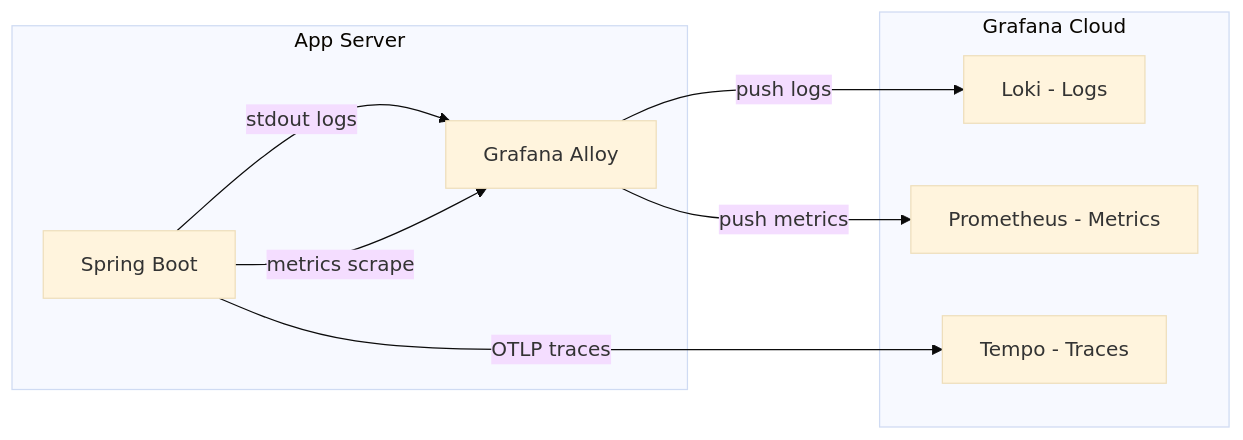
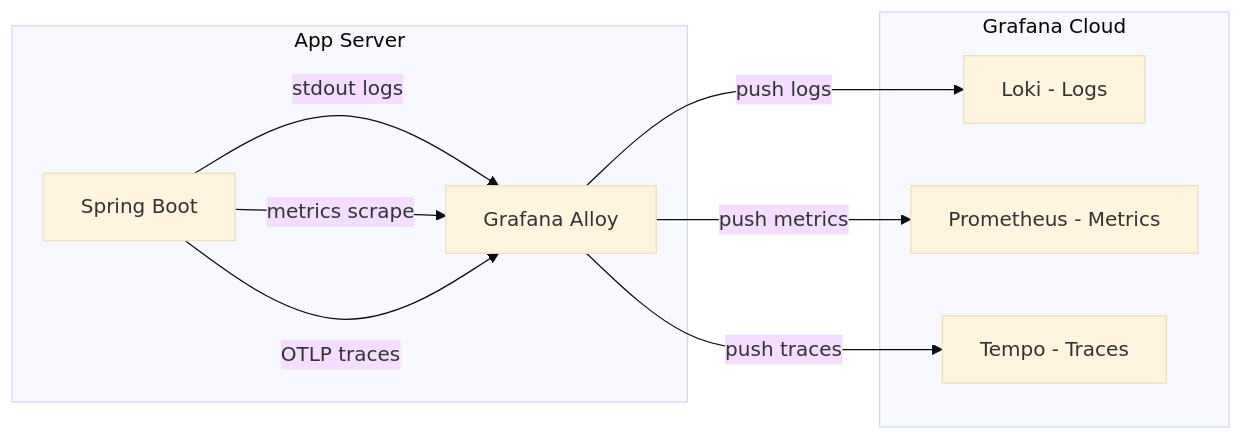
The diagram in docs/observability.md (ImHereOfRati/server), drawn with Mermaid (base theme) before and after one commit. The commit also changed other lines of this file and 6 other files, not shown here.

````diff
--- a/docs/observability.md
+++ b/docs/observability.md
@@ -12,19 +12,20 @@
 ```mermaid
 graph LR
     subgraph AppServer [App Server]
         App[Spring Boot]
         Alloy[Grafana Alloy]
     end
 
     subgraph GrafanaCloud [Grafana Cloud]
         Loki[Loki - Logs]
         Prom[Prometheus - Metrics]
         Tempo[Tempo - Traces]
     end
 
     App -- "stdout logs" --> Alloy
     App -- "metrics scrape" --> Alloy
-    App -- "OTLP traces" --> Tempo
+    App -- "OTLP traces" --> Alloy
     Alloy -- "push logs" --> Loki
     Alloy -- "push metrics" --> Prom
+    Alloy -- "push traces" --> Tempo
 ```
````
